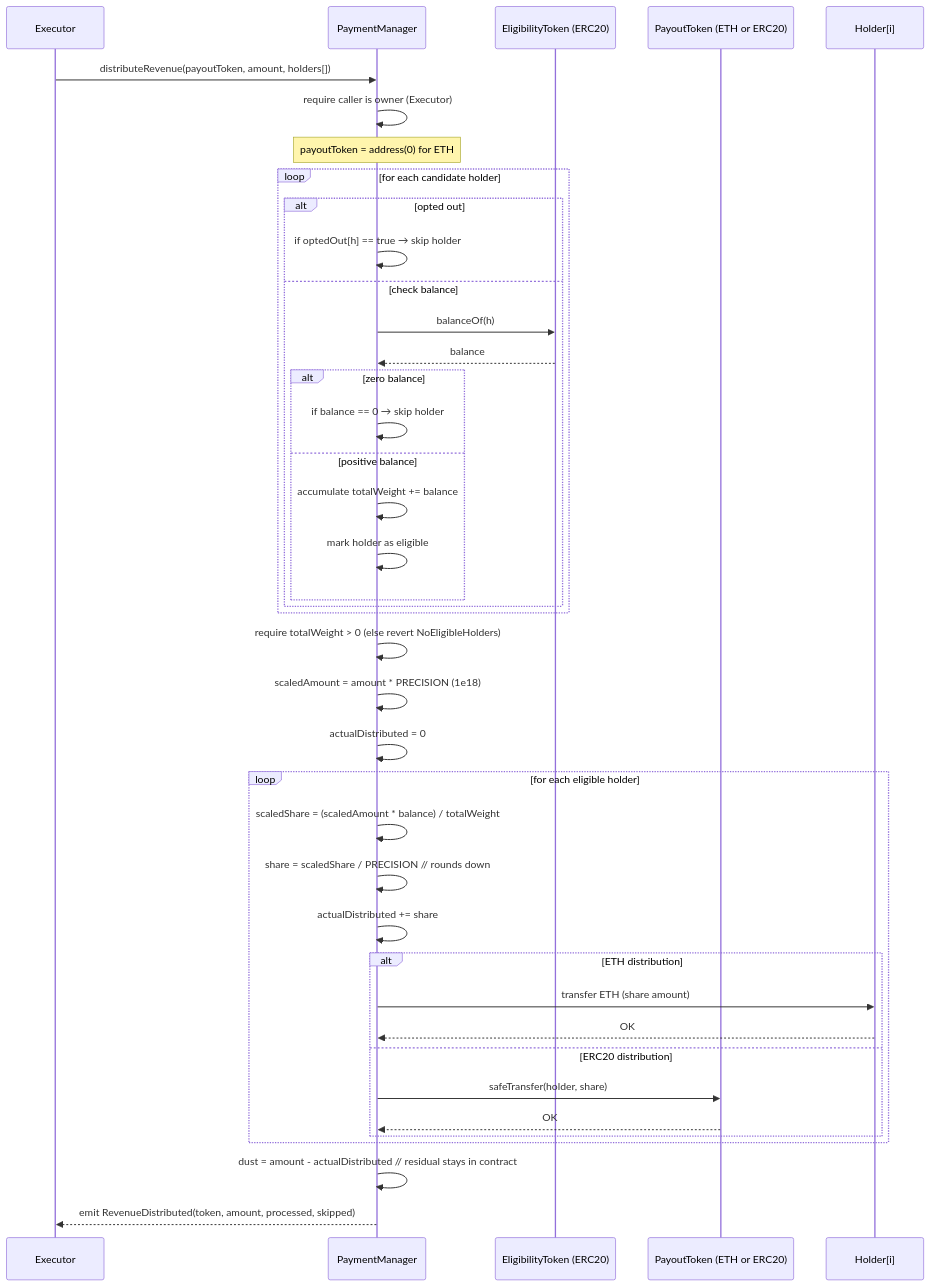
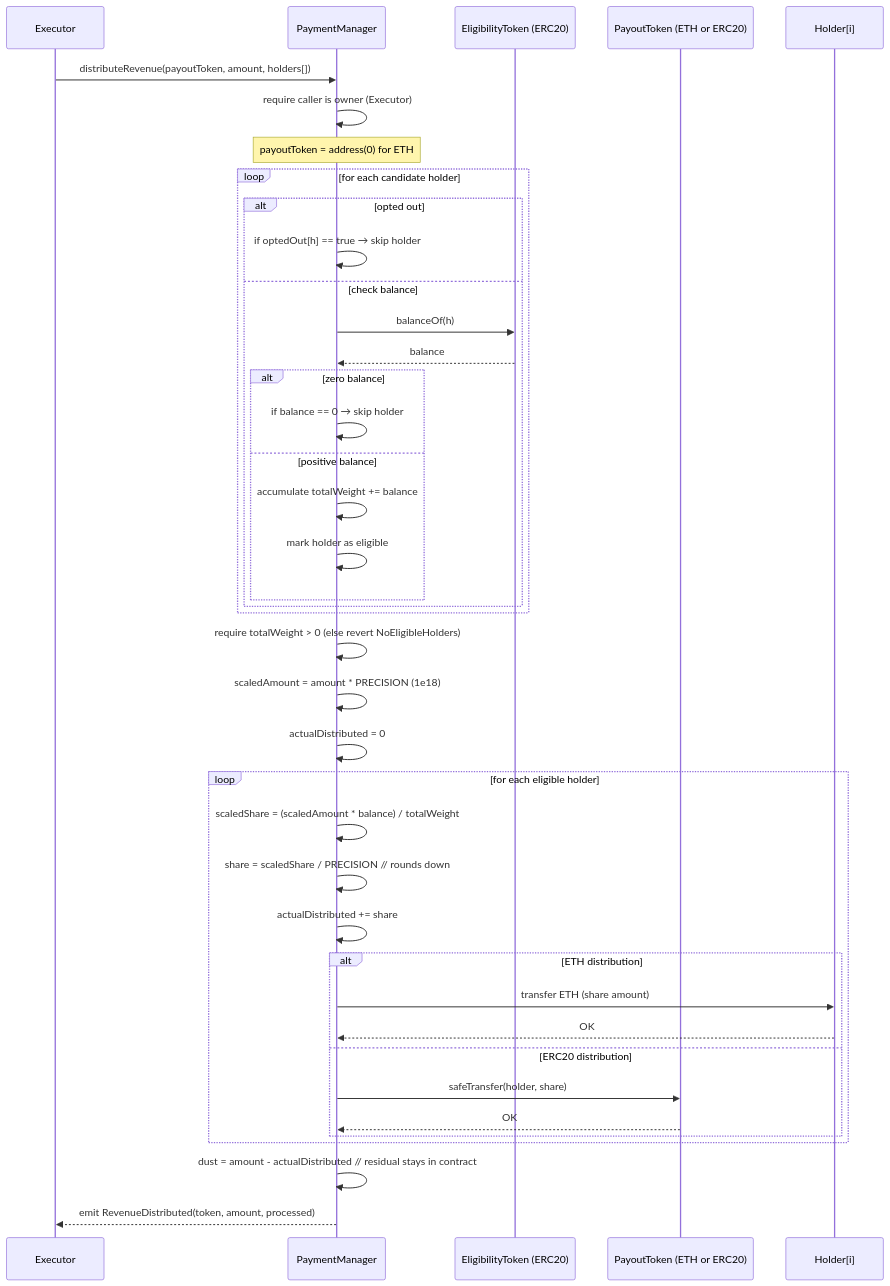
One commit to PerpetualOrganizationArchitect/POP changed the third of 4 diagrams in PaymentManager-TechnicalSpec.md. Above: the diagram before and after it, drawn with Mermaid. The commit also changed other lines of this file, not shown here.

First line of the commit message:
Remove skipped parameter from RevenueDistributed event

````diff
--- a/PaymentManager-TechnicalSpec.md
+++ b/PaymentManager-TechnicalSpec.md
@@ -203,43 +203,43 @@
 ```mermaid
 sequenceDiagram
     participant E as Executor
     participant PM as PaymentManager
     participant ET as EligibilityToken (ERC20)
     participant PT as PayoutToken (ETH or ERC20)
     participant H as Holder[i]
 
     E->>PM: distributeRevenue(payoutToken, amount, holders[])
     PM->>PM: require caller is owner (Executor)
     Note over PM: payoutToken = address(0) for ETH
     loop for each candidate holder
       alt opted out
         PM->>PM: if optedOut[h] == true → skip holder
       else check balance
         PM->>ET: balanceOf(h)
         ET-->>PM: balance
         alt zero balance
           PM->>PM: if balance == 0 → skip holder
         else positive balance
           PM->>PM: accumulate totalWeight += balance
           PM->>PM: mark holder as eligible
         end
       end
     end
     PM->>PM: require totalWeight > 0 (else revert NoEligibleHolders)
     PM->>PM: scaledAmount = amount * PRECISION (1e18)
     PM->>PM: actualDistributed = 0
     loop for each eligible holder
       PM->>PM: scaledShare = (scaledAmount * balance) / totalWeight
       PM->>PM: share = scaledShare / PRECISION  // rounds down
       PM->>PM: actualDistributed += share
       alt ETH distribution
         PM->>H: transfer ETH (share amount)
         H-->>PM: OK
       else ERC20 distribution
         PM->>PT: safeTransfer(holder, share)
         PT-->>PM: OK
       end
     end
     PM->>PM: dust = amount - actualDistributed  // residual stays in contract
-    PM-->>E: emit RevenueDistributed(token, amount, processed, skipped)
+    PM-->>E: emit RevenueDistributed(token, amount, processed)
 ```
````
